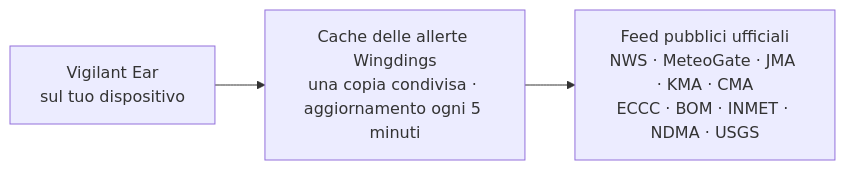
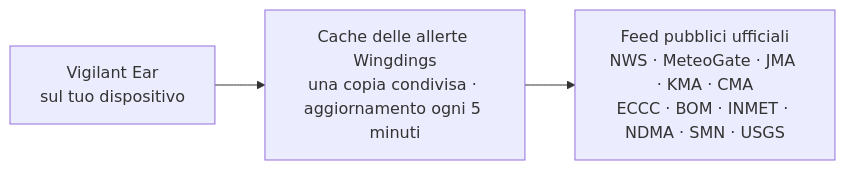
The fourth of 4 diagrams in README_it.md (rpalm01-star/VigilantEarLegal), drawn with Mermaid before and after one commit. The commit also changed other lines of this file and 44 other files, not shown here.

````diff
--- a/README_it.md
+++ b/README_it.md
@@ -171,5 +171,5 @@
 ```mermaid
 graph LR
     P1["Vigilant Ear<br/>sul tuo dispositivo"] --> W["Cache delle allerte Wingdings<br/>una copia condivisa · aggiornamento ogni 5 minuti"]
-    W --> N["Feed pubblici ufficiali<br/>NWS · MeteoGate · JMA · KMA · CMA<br/>ECCC · BOM · INMET · NDMA · USGS"]
+    W --> N["Feed pubblici ufficiali<br/>NWS · MeteoGate · JMA · KMA · CMA<br/>ECCC · BOM · INMET · NDMA · SMN · USGS"]
 ```
````
